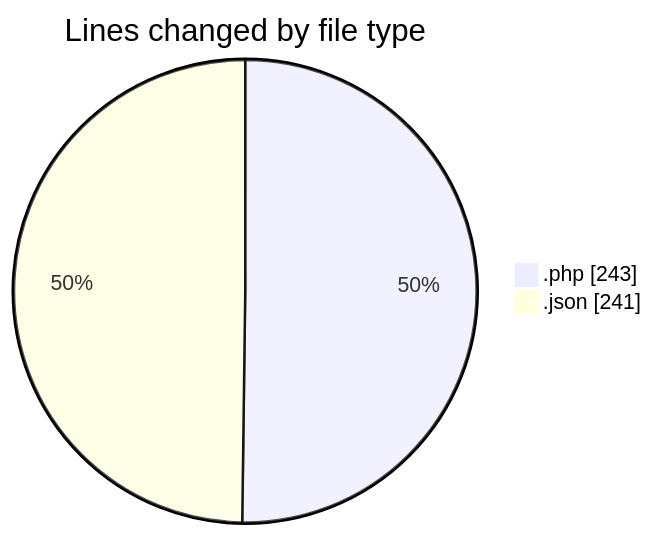
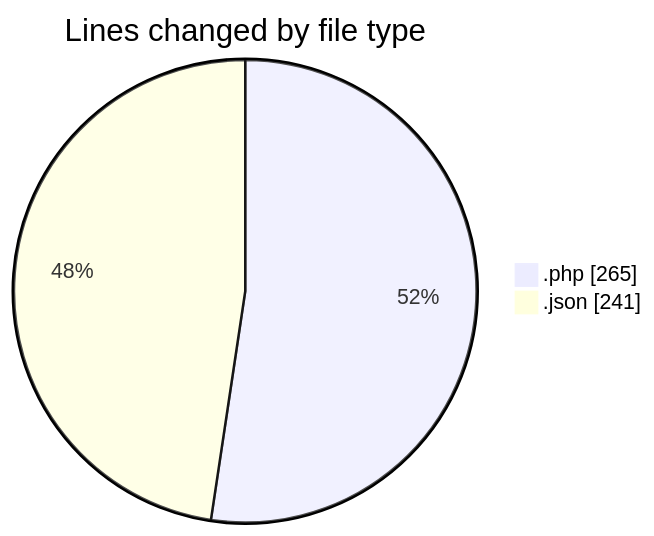
The first of 2 diagrams in 2025-03-28/autodidak/README.md (idhammustaqopulfikri/code-tracking), drawn with Mermaid before and after one commit. The commit also changed other lines of this file and 1 other file, not shown here.

````diff
--- a/2025-03-28/autodidak/README.md
+++ b/2025-03-28/autodidak/README.md
@@ -23,6 +23,6 @@
 ```mermaid
 pie showData
 title Lines changed by file type
-".php" : 243
+".php" : 265
 ".json" : 241
 ```
````
